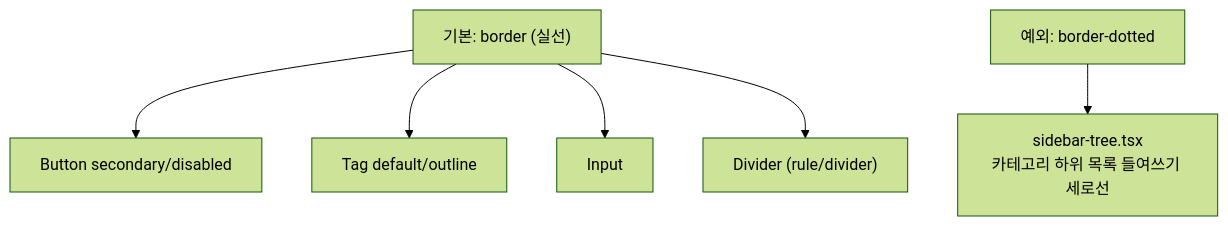
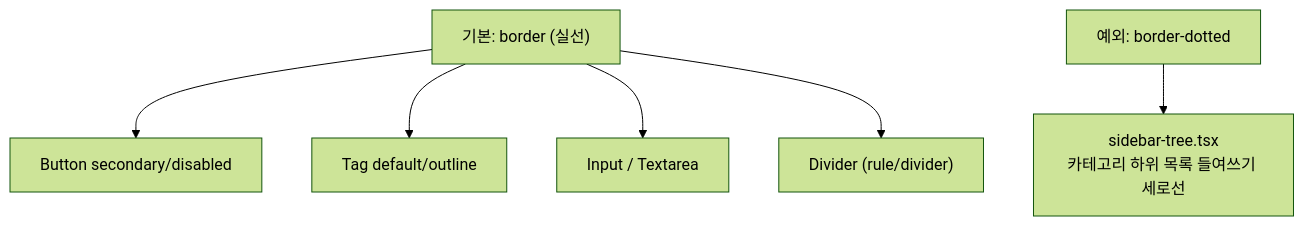
One commit to jeongho3786/myblog changed the third of 6 diagrams in docs/css-architecture.md. Above: the diagram before and after it, drawn with Mermaid (forest theme). The commit also changed other lines of this file and 11 other files, not shown here.

````diff
--- a/docs/css-architecture.md
+++ b/docs/css-architecture.md
@@ -94,8 +97,8 @@
 ```mermaid
 flowchart TD
     Rule["기본: border (실선)"] --> Btn["Button secondary/disabled"]
     Rule --> TagB["Tag default/outline"]
-    Rule --> Inp["Input"]
+    Rule --> Inp["Input / Textarea"]
     Rule --> Div["Divider (rule/divider)"]
     Exception["예외: border-dotted"] --> Tree["sidebar-tree.tsx<br/>카테고리 하위 목록 들여쓰기 세로선"]
 ```
````
